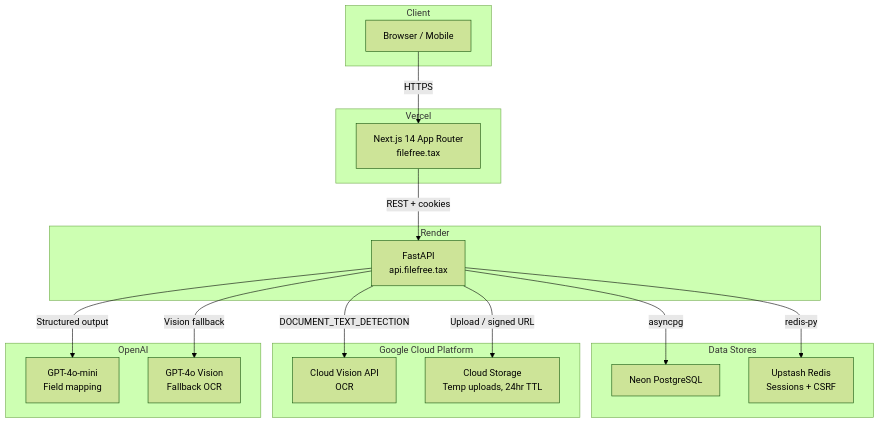
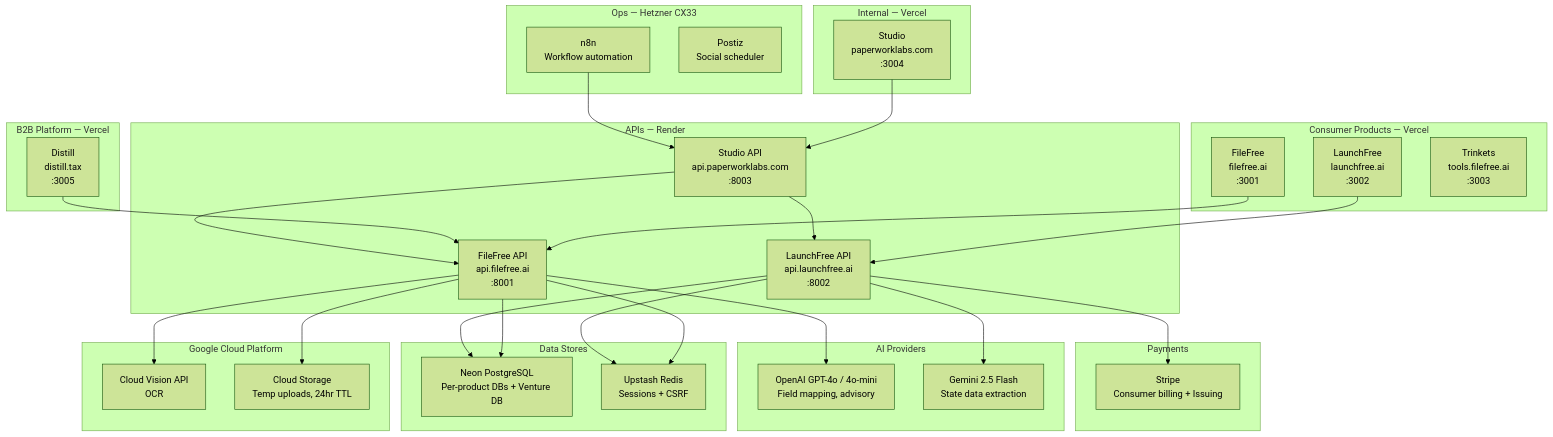
Before and after one commit to paperwork-labs/paperwork: the first of 12 diagrams in docs/ARCHITECTURE.md, drawn with Mermaid (forest theme). The commit also changed other lines of this file and 30 other files, not shown here.

````diff
--- a/docs/ARCHITECTURE.md
+++ b/docs/ARCHITECTURE.md
@@ -11,38 +11,63 @@
 ```mermaid
 graph TB
-    subgraph client [Client]
-        Browser["Browser / Mobile"]
+    subgraph consumers [Consumer Products — Vercel]
+        FF["FileFree<br/>filefree.ai<br/>:3001"]
+        LF["LaunchFree<br/>launchfree.ai<br/>:3002"]
+        TR["Trinkets<br/>tools.filefree.ai<br/>:3003"]
     end
 
-    subgraph vercel [Vercel]
-        NextJS["Next.js 14 App Router<br/>filefree.tax"]
+    subgraph b2b [B2B Platform — Vercel]
+        DI["Distill<br/>distill.tax<br/>:3005"]
     end
 
-    subgraph render [Render]
-        FastAPI["FastAPI<br/>api.filefree.tax"]
+    subgraph internal [Internal — Vercel]
+        ST["Studio<br/>paperworklabs.com<br/>:3004"]
+    end
+
+    subgraph apis [APIs — Render]
+        FFAPI["FileFree API<br/>api.filefree.ai<br/>:8001"]
+        LFAPI["LaunchFree API<br/>api.launchfree.ai<br/>:8002"]
+        STAPI["Studio API<br/>api.paperworklabs.com<br/>:8003"]
     end
 
     subgraph datastores [Data Stores]
-        Neon["Neon PostgreSQL"]
+        Neon["Neon PostgreSQL<br/>Per-product DBs + Venture DB"]
         Upstash["Upstash Redis<br/>Sessions + CSRF"]
     end
 
     subgraph gcp [Google Cloud Platform]
         Vision["Cloud Vision API<br/>OCR"]
         GCS["Cloud Storage<br/>Temp uploads, 24hr TTL"]
     end
 
-    subgraph openai [OpenAI]
-        GPT4oMini["GPT-4o-mini<br/>Field mapping"]
-        GPT4o["GPT-4o Vision<br/>Fallback OCR"]
+    subgraph ai [AI Providers]
+        GPT["OpenAI GPT-4o / 4o-mini<br/>Field mapping, advisory"]
+        Gemini["Gemini 2.5 Flash<br/>State data extraction"]
     end
 
-    Browser -->|"HTTPS"| NextJS
-    NextJS -->|"REST + cookies"| FastAPI
-    FastAPI -->|"asyncpg"| Neon
-    FastAPI -->|"redis-py"| Upstash
-    FastAPI -->|"DOCUMENT_TEXT_DETECTION"| Vision
-    FastAPI -->|"Structured output"| GPT4oMini
-    FastAPI -->|"Vision fallback"| GPT4o
-    FastAPI -->|"Upload / signed URL"| GCS
+    subgraph payments [Payments]
+        Stripe["Stripe<br/>Consumer billing + Issuing"]
+    end
+
+    subgraph ops [Ops — Hetzner CX33]
+        N8N["n8n<br/>Workflow automation"]
+        Postiz["Postiz<br/>Social scheduler"]
+    end
+
+    FF --> FFAPI
+    LF --> LFAPI
+    DI --> FFAPI
+    ST --> STAPI
+    STAPI --> FFAPI
+    STAPI --> LFAPI
+    FFAPI --> Neon
+    LFAPI --> Neon
+    FFAPI --> Upstash
+    LFAPI --> Upstash
+    FFAPI --> Vision
+    FFAPI --> GPT
+    LFAPI --> Gemini
+    LFAPI --> Stripe
+    FFAPI --> GCS
+    N8N --> STAPI
 ```
````
